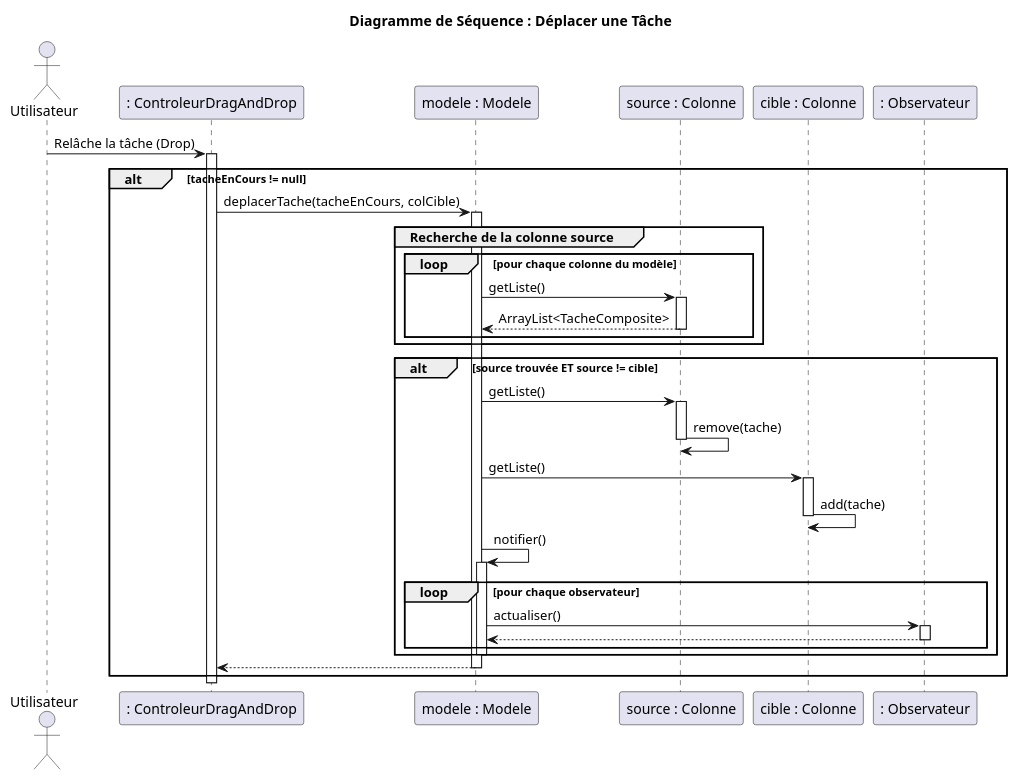
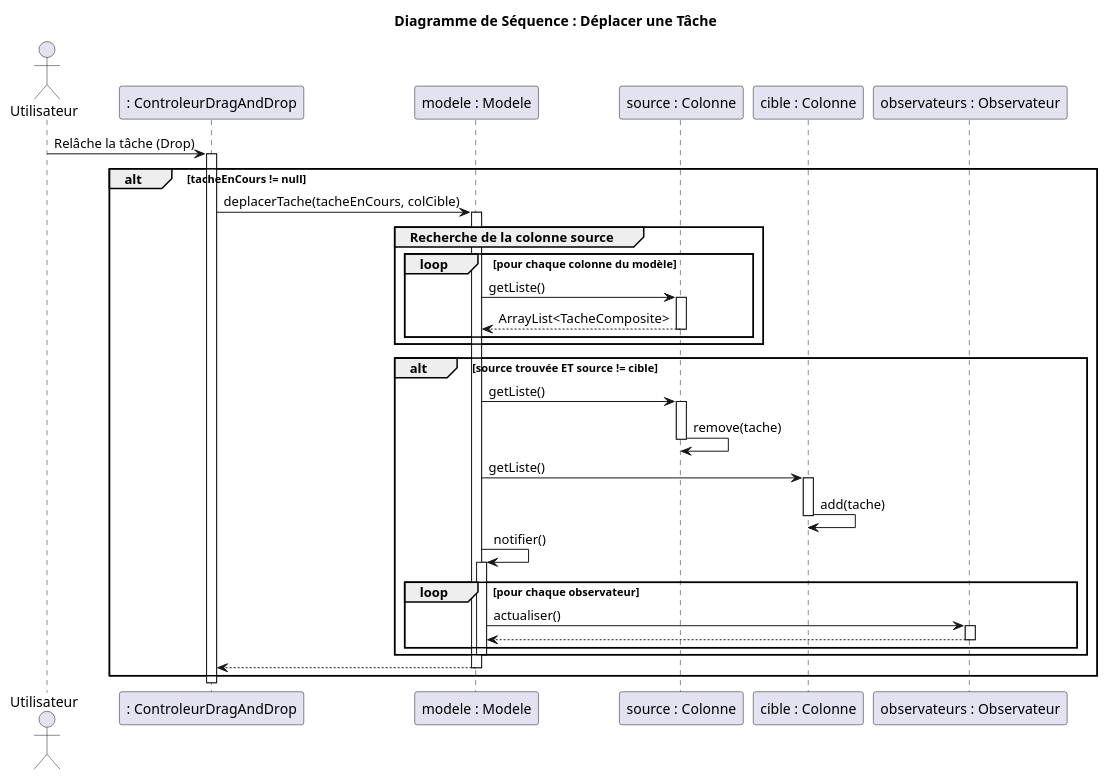
One commit to AlexanderCARNET/SAE_3_01_dev_application changed the diagram in Ollert_QDEV/diagrammes/iteration3/DiagrammeSeqDragAnDrop.puml. Above: the diagram before and after it, drawn with PlantUML. The commit also changed 1 other file, not shown here.

```diff
--- a/Ollert_QDEV/diagrammes/iteration3/DiagrammeSeqDragAnDrop.puml
+++ b/Ollert_QDEV/diagrammes/iteration3/DiagrammeSeqDragAnDrop.puml
@@ -1,63 +1,63 @@
 @startuml
 
 title Diagramme de Séquence : Déplacer une Tâche
 
 actor Utilisateur
 participant ": ControleurDragAndDrop" as Ctrl
 participant "modele : Modele" as Modele
 participant "source : Colonne" as ColSource
 participant "cible : Colonne" as ColCible
-participant ": Observateur" as Obs
+participant "observateurs : Observateur" as Obs
 
 
 Utilisateur -> Ctrl : Relâche la tâche (Drop)
 
 activate Ctrl
 
 alt tacheEnCours != null
     Ctrl -> Modele : deplacerTache(tacheEnCours, colCible)
     activate Modele
 
     group Recherche de la colonne source
         loop pour chaque colonne du modèle
             Modele -> ColSource : getListe()
             activate ColSource
             ColSource --> Modele : ArrayList<TacheComposite>
             deactivate ColSource
         end
     end
 
     alt source trouvée ET source != cible
 
 
         Modele -> ColSource : getListe()
         activate ColSource
         ColSource -> ColSource : remove(tache)
         deactivate ColSource
 
         Modele -> ColCible : getListe()
         activate ColCible
         ColCible -> ColCible : add(tache)
         deactivate ColCible
 
         Modele -> Modele : notifier()
         activate Modele
 
         loop pour chaque observateur
             Modele -> Obs : actualiser()
             activate Obs
             Obs --> Modele
             deactivate Obs
         end
         deactivate Modele
 
     end
 
     Modele --> Ctrl
     deactivate Modele
 
 end
 
 deactivate Ctrl
 
 @enduml
```
